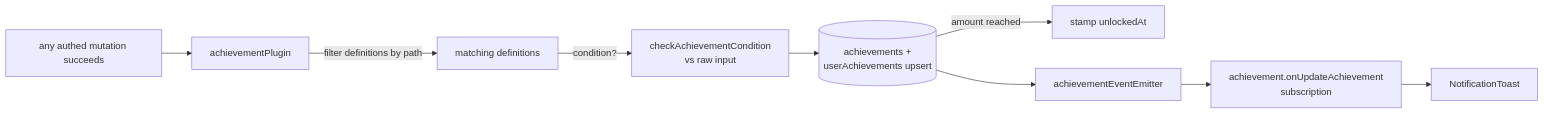
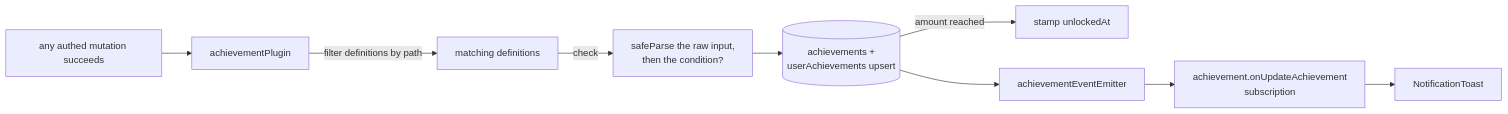
The diagram in apps/web/content/docs/achievement/unlock-pipeline.md (Esposter/Esposter), drawn with Mermaid before and after one commit. The commit also changed other lines of this file and 58 other files, not shown here.

````diff
--- a/apps/web/content/docs/achievement/unlock-pipeline.md
+++ b/apps/web/content/docs/achievement/unlock-pipeline.md
@@ -12,11 +12,11 @@
 ```mermaid
 flowchart LR
   mutation[any authed mutation succeeds] --> plugin[achievementPlugin]
   plugin -->|filter definitions by path| defs[matching definitions]
-  defs -->|condition?| check[checkAchievementCondition<br/>vs raw input]
+  defs -->|check| check[safeParse the raw input,<br/>then the condition?]
   check --> upsert[(achievements +<br/>userAchievements upsert)]
   upsert -->|amount reached| unlock[stamp unlockedAt]
   upsert --> emit[achievementEventEmitter]
   emit --> sub[achievement.onUpdateAchievement<br/>subscription]
   sub --> toast[NotificationToast]
 ```
````
